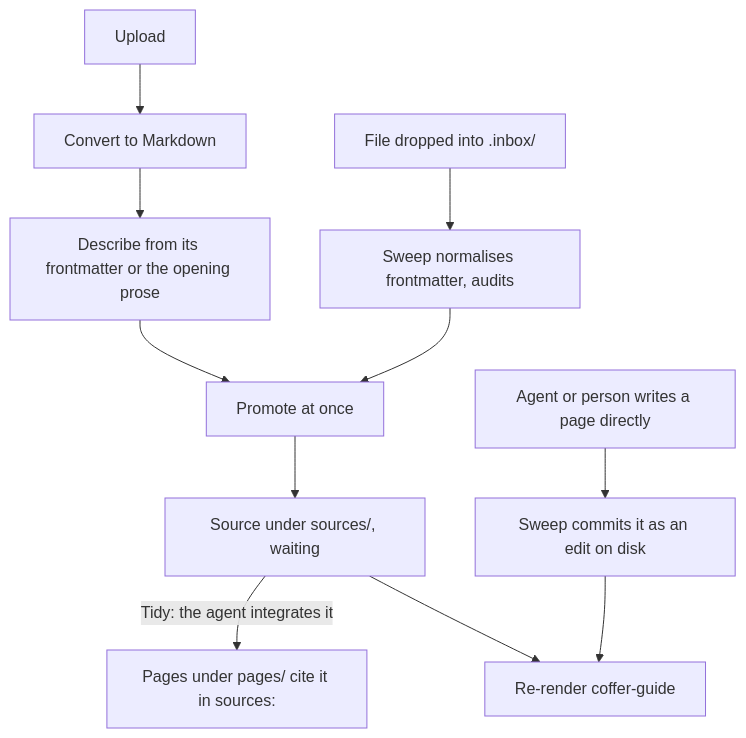
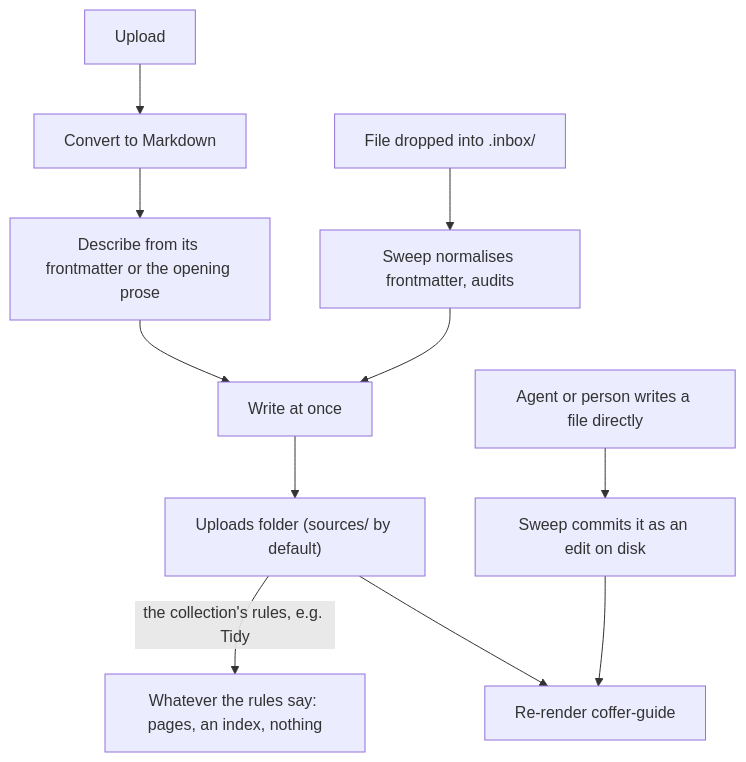
Before and after one commit to wyx-sg/Coffer: the first of 3 diagrams in docs-site/architecture/knowledge.md, drawn with Mermaid. The commit also changed other lines of this file and 138 other files, not shown here.

Commit message:
feat(knowledge): let each collection own its format, one folder per upload (#726)

````diff
--- a/docs-site/architecture/knowledge.md
+++ b/docs-site/architecture/knowledge.md
@@ -171,13 +160,13 @@
 ```mermaid
 flowchart TD
   U["Upload"] --> C["Convert to Markdown"]
   C --> D["Describe from its frontmatter or the opening prose"]
-  D --> S["Promote at once"]
+  D --> S["Write at once"]
   W["File dropped into .inbox/"] --> N["Sweep normalises frontmatter, audits"]
   N --> S
-  S --> SRC["Source under sources/, waiting"]
-  SRC -->|Tidy: the agent integrates it| P["Pages under pages/ cite it in sources:"]
-  E["Agent or person writes a page directly"] --> DISK["Sweep commits it as an edit on disk"]
-  SRC --> G["Re-render coffer-guide"]
+  S --> UP["Uploads folder (sources/ by default)"]
+  UP -->|the collection's rules, e.g. Tidy| P["Whatever the rules say: pages, an index, nothing"]
+  E["Agent or person writes a file directly"] --> DISK["Sweep commits it as an edit on disk"]
+  UP --> G["Re-render coffer-guide"]
   DISK --> G
 ```
````
